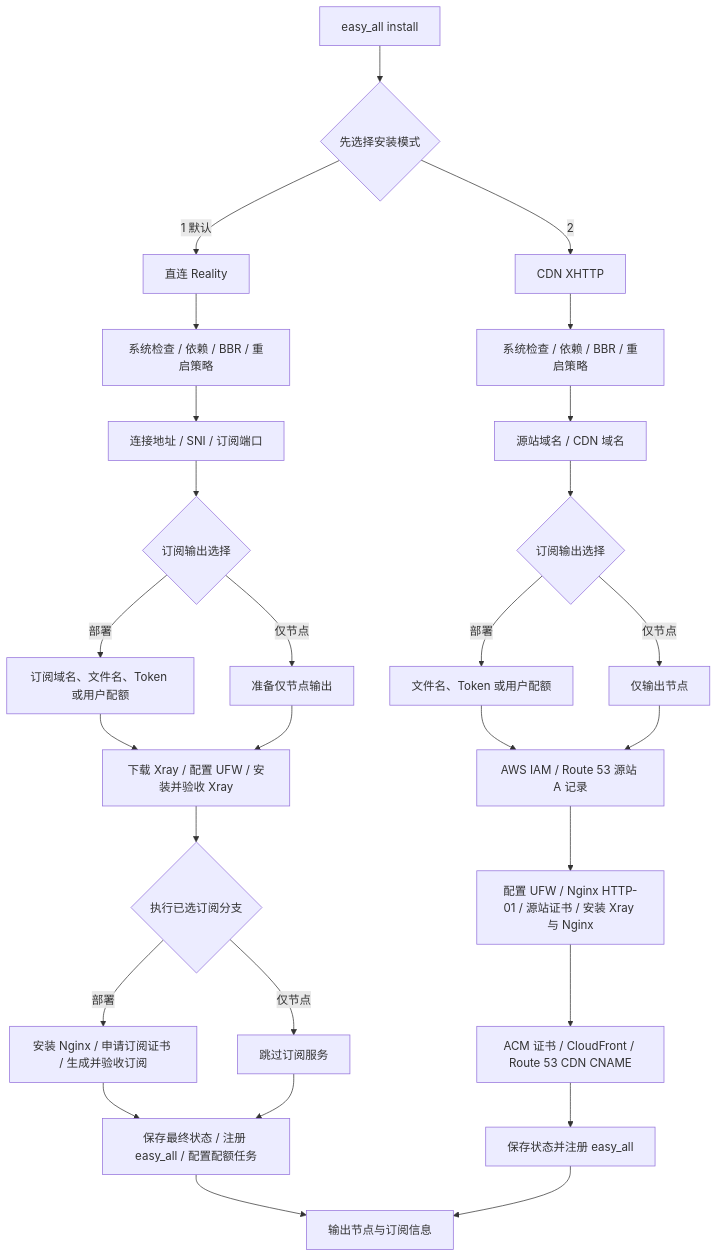
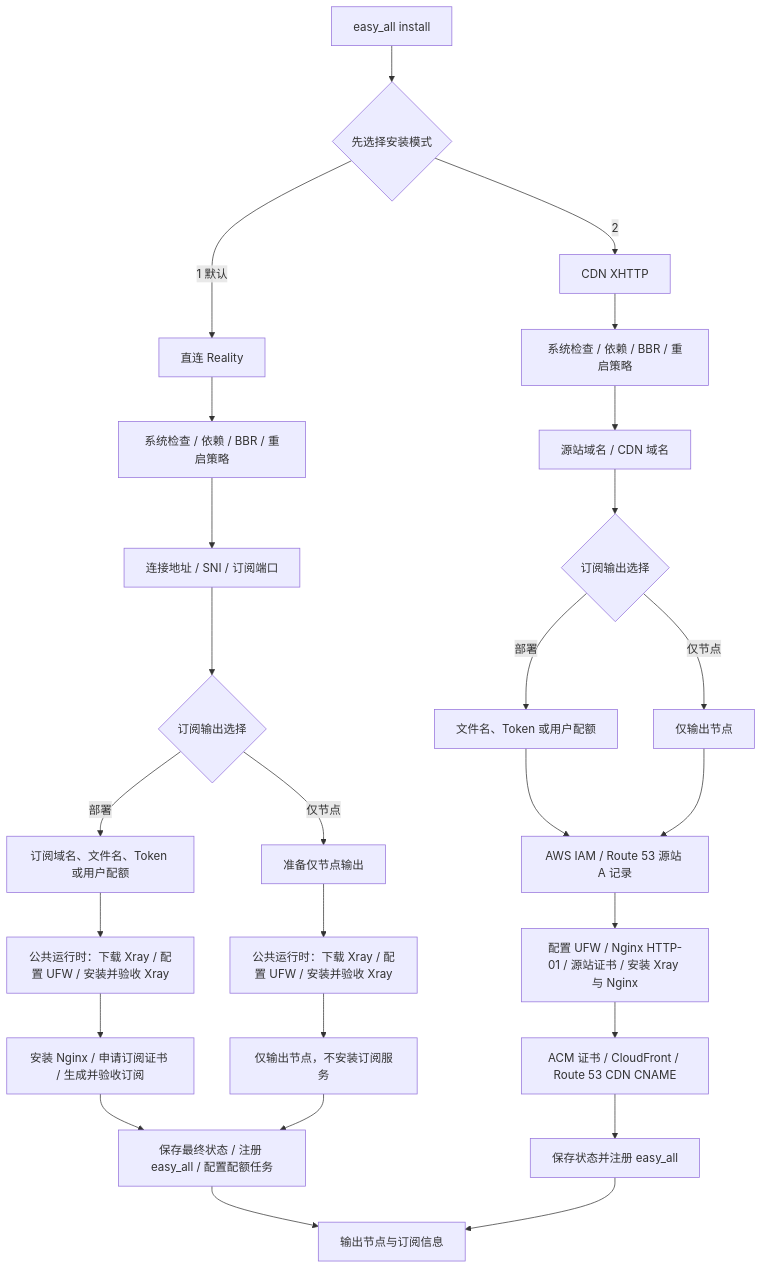
Before and after one commit to v2yiz/easy_all: the diagram in README.md, drawn with Mermaid. The commit also changed other lines of this file and 3 other files, not shown here.

````diff
--- a/README.md
+++ b/README.md
@@ -64,32 +64,31 @@
 ```mermaid
 flowchart TD
     A[easy_all install] --> B{先选择安装模式}
 
     B -->|1 默认| R0[直连 Reality]
     R0 --> R1[系统检查 / 依赖 / BBR / 重启策略]
     R1 --> R2[连接地址 / SNI / 订阅端口]
     R2 --> R3{订阅输出选择}
     R3 -->|部署| R4[订阅域名、文件名、Token 或用户配额]
     R3 -->|仅节点| R5[准备仅节点输出]
-    R4 --> R6[下载 Xray / 配置 UFW / 安装并验收 Xray]
-    R5 --> R6
-    R6 --> R7{执行已选订阅分支}
-    R7 -->|部署| R8[安装 Nginx / 申请订阅证书 / 生成并验收订阅]
-    R7 -->|仅节点| R9[跳过订阅服务]
+    R4 --> R6D[公共运行时：下载 Xray / 配置 UFW / 安装并验收 Xray]
+    R5 --> R6L[公共运行时：下载 Xray / 配置 UFW / 安装并验收 Xray]
+    R6D --> R8[安装 Nginx / 申请订阅证书 / 生成并验收订阅]
+    R6L --> R9[仅输出节点，不安装订阅服务]
     R8 --> R10[保存最终状态 / 注册 easy_all / 配置配额任务]
     R9 --> R10
     R10 --> Z[输出节点与订阅信息]
 
     B -->|2| X0[CDN XHTTP]
     X0 --> X1[系统检查 / 依赖 / BBR / 重启策略]
     X1 --> X2[源站域名 / CDN 域名]
     X2 --> X3{订阅输出选择}
     X3 -->|部署| X4[文件名、Token 或用户配额]
     X3 -->|仅节点| X5[仅输出节点]
     X4 --> X6[AWS IAM / Route 53 源站 A 记录]
     X5 --> X6
     X6 --> X7[配置 UFW / Nginx HTTP-01 / 源站证书 / 安装 Xray 与 Nginx]
     X7 --> X8[ACM 证书 / CloudFront / Route 53 CDN CNAME]
     X8 --> X9[保存状态并注册 easy_all]
     X9 --> Z
 ```
````
